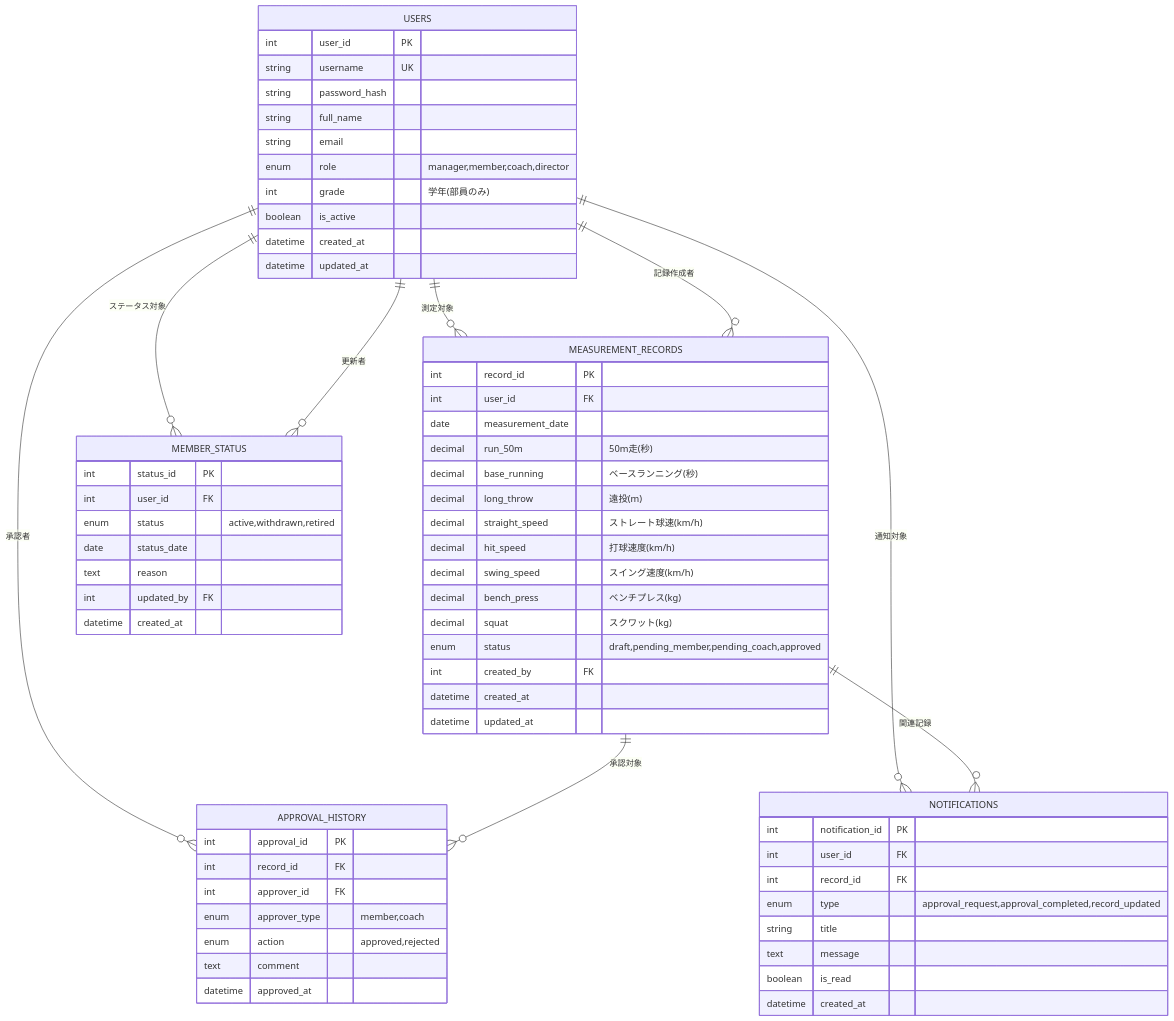
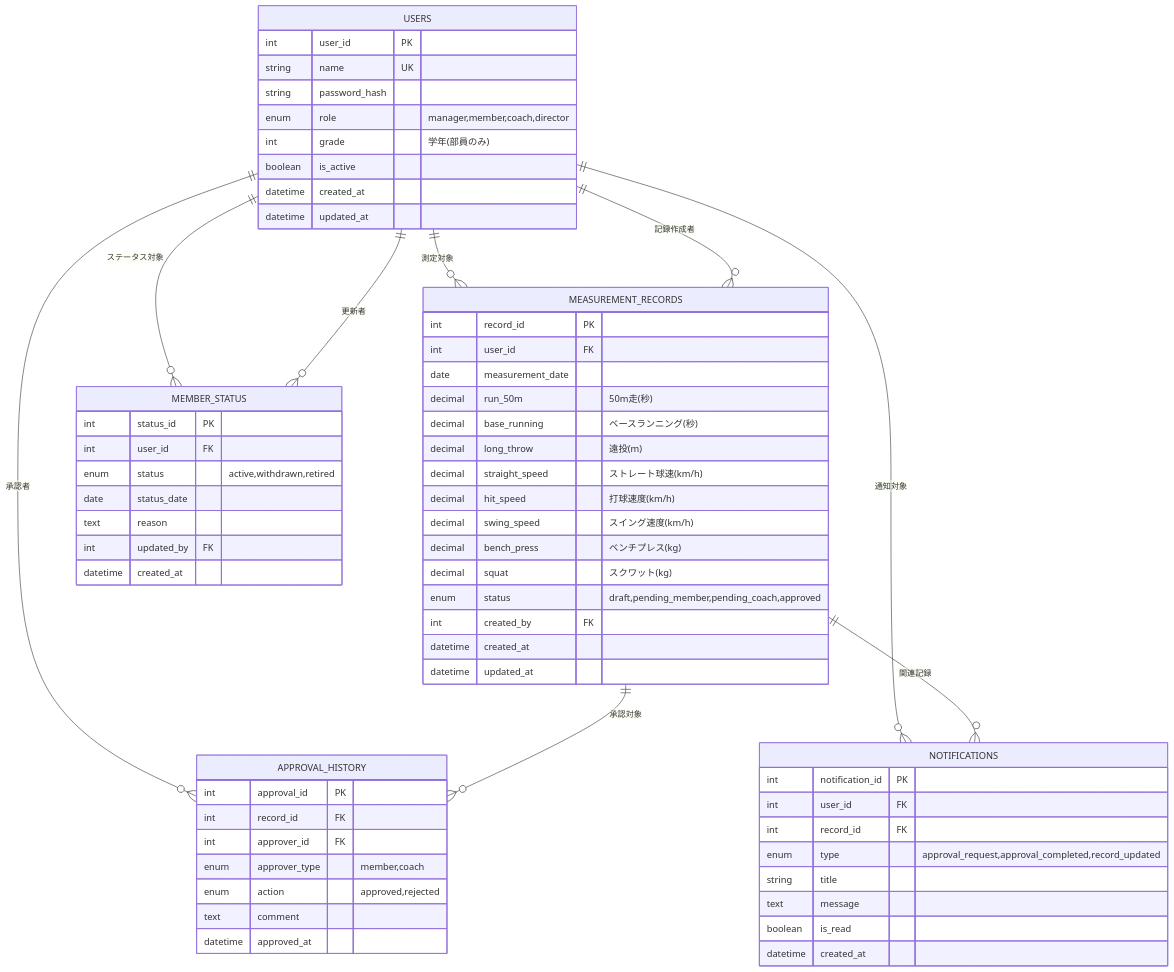
One commit to cosmos21737/webapp changed the diagram in ER.md. Above: the diagram before and after it, drawn with Mermaid. The commit also changed 1 other file, not shown here.

Commit message:
アプリ設計図の作成、ER図の一部変更

````diff
--- a/ER.md
+++ b/ER.md
@@ -1,80 +1,78 @@
 ```mermaid
 erDiagram
     %% ユーザー管理
     USERS {
         int user_id PK
-        string username UK
+        string name UK
         string password_hash
-        string full_name
-        string email
         enum role "manager,member,coach,director"
         int grade "学年(部員のみ)"
         boolean is_active
         datetime created_at
         datetime updated_at
     }
 
     %% 測定記録
     MEASUREMENT_RECORDS {
         int record_id PK
         int user_id FK
         date measurement_date
         decimal run_50m "50m走(秒)"
         decimal base_running "ベースランニング(秒)"
         decimal long_throw "遠投(m)"
         decimal straight_speed "ストレート球速(km/h)"
         decimal hit_speed "打球速度(km/h)"
         decimal swing_speed "スイング速度(km/h)"
         decimal bench_press "ベンチプレス(kg)"
         decimal squat "スクワット(kg)"
         enum status "draft,pending_member,pending_coach,approved"
         int created_by FK
         datetime created_at
         datetime updated_at
     }
 
     %% 承認履歴
     APPROVAL_HISTORY {
         int approval_id PK
         int record_id FK
         int approver_id FK
         enum approver_type "member,coach"
         enum action "approved,rejected"
         text comment
         datetime approved_at
     }
 
     %% 通知
     NOTIFICATIONS {
         int notification_id PK
         int user_id FK
         int record_id FK
         enum type "approval_request,approval_completed,record_updated"
         string title
         text message
         boolean is_read
         datetime created_at
     }
 
     %% 部員管理（退部・引退管理）
     MEMBER_STATUS {
         int status_id PK
         int user_id FK
         enum status "active,withdrawn,retired"
         date status_date
         text reason
         int updated_by FK
         datetime created_at
     }
 
     %% リレーションシップ
     USERS ||--o{ MEASUREMENT_RECORDS : "測定対象"
     USERS ||--o{ MEASUREMENT_RECORDS : "記録作成者"
     USERS ||--o{ APPROVAL_HISTORY : "承認者"
     USERS ||--o{ NOTIFICATIONS : "通知対象"
     USERS ||--o{ MEMBER_STATUS : "ステータス対象"
     USERS ||--o{ MEMBER_STATUS : "更新者"
     
     MEASUREMENT_RECORDS ||--o{ APPROVAL_HISTORY : "承認対象"
     MEASUREMENT_RECORDS ||--o{ NOTIFICATIONS : "関連記録"
 ```
````
